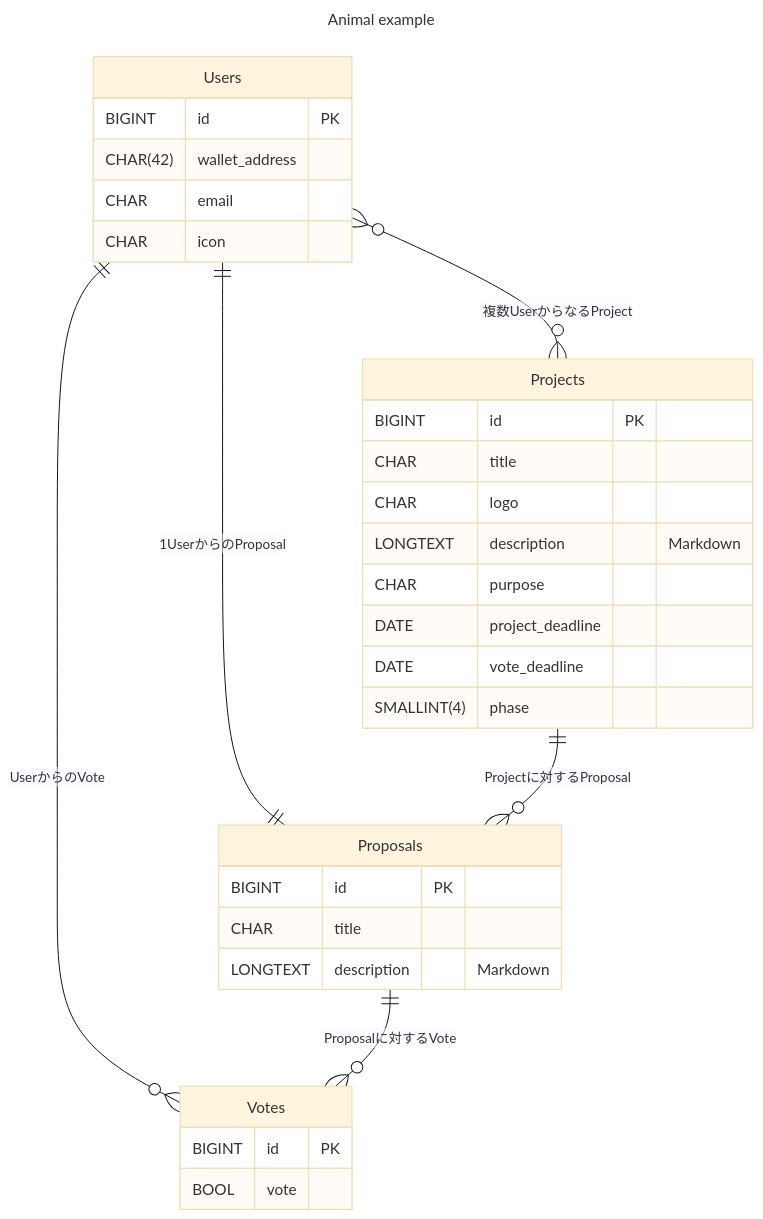
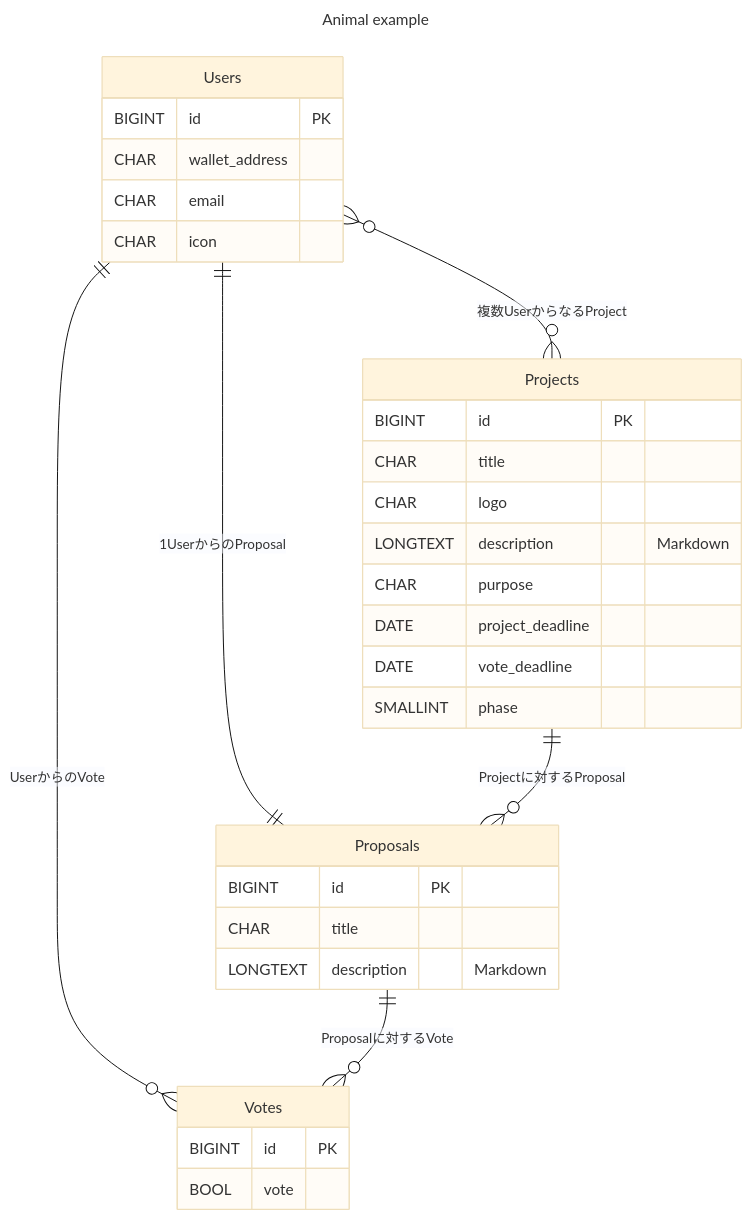
The diagram in src/backend/docs/er.md (cardene777/hakuhodo_key3), drawn with Mermaid (base theme) before and after one commit.

Commit message:
🛠️ Update er.md

````diff
--- a/src/backend/docs/er.md
+++ b/src/backend/docs/er.md
@@ -1,38 +1,38 @@
 ```mermaid
 ---
 title: Animal example
 ---
 erDiagram
     Users ||--o{ Votes : "UserからのVote"
     Users }o--o{ Projects : "複数UserからなるProject"
     Users ||--|| Proposals : "1UserからのProposal"
     Projects ||--o{ Proposals : "Projectに対するProposal"
     Proposals ||--o{ Votes : "Proposalに対するVote"
     Users {
         BIGINT id PK
-        CHAR(42) wallet_address
+        CHAR wallet_address
         CHAR email
         CHAR icon
     }
     Projects {
         BIGINT id PK
         CHAR title
         CHAR logo
         LONGTEXT description "Markdown"
         CHAR purpose
         DATE project_deadline
         DATE vote_deadline
-        SMALLINT(4) phase
+        SMALLINT phase
     }
 
     Votes {
         BIGINT id PK
         BOOL vote
     }
 
     Proposals {
         BIGINT id PK
         CHAR title
         LONGTEXT description "Markdown"
     }
 ```
````
